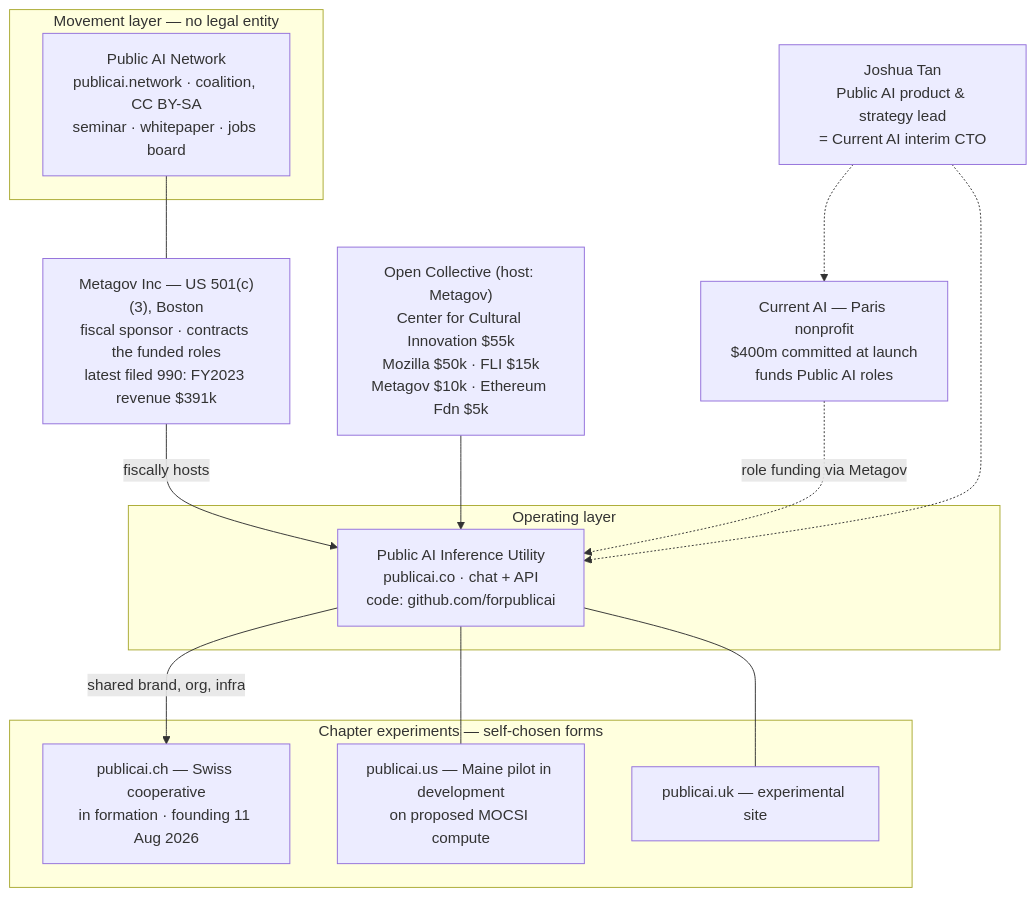
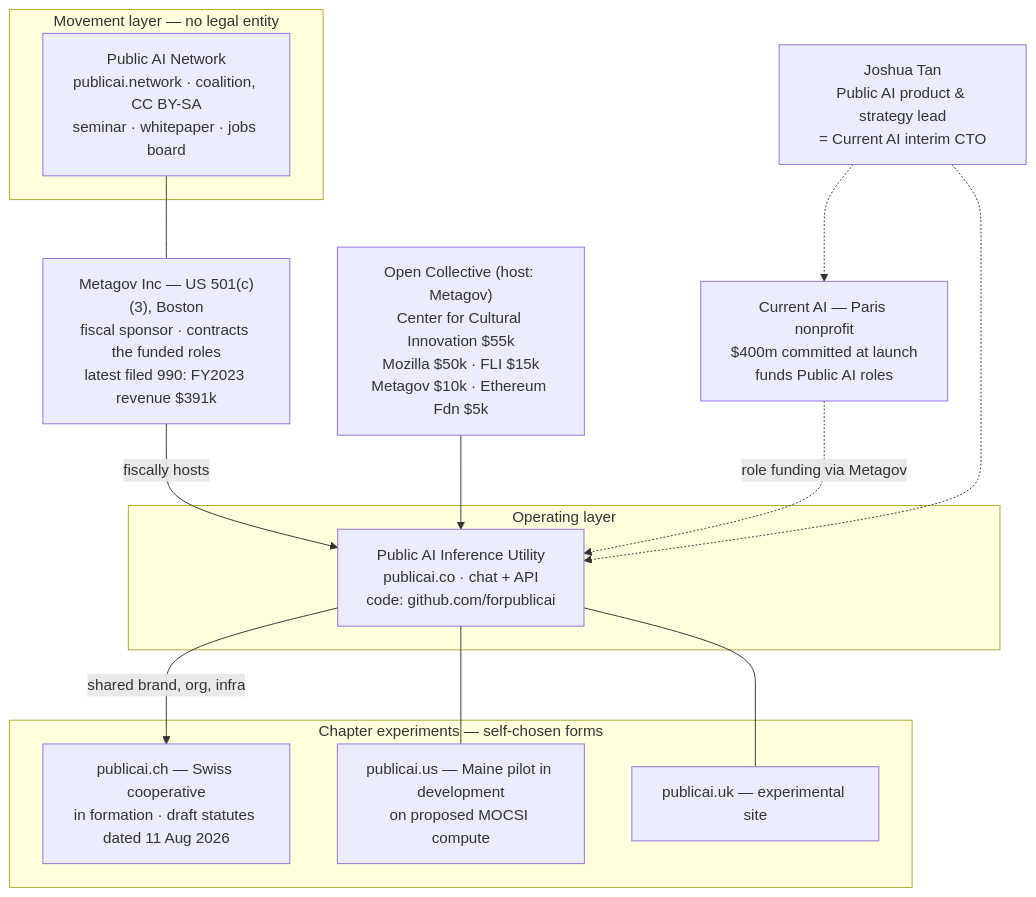
Before and after one commit to robertschaub/our-ai-charter: the first of 4 diagrams in docs/wip/public-ai-what-they-build.md, drawn with Mermaid. The commit also changed other lines of this file and 6 other files, not shown here.

First line of the commit message:
docs: fix Swiss-formation regression; relabel relationships (review 2)

````diff
--- a/docs/wip/public-ai-what-they-build.md
+++ b/docs/wip/public-ai-what-they-build.md
@@ -19,32 +19,32 @@
 ```mermaid
 flowchart TB
   subgraph MOVE["Movement layer — no legal entity"]
     NET["Public AI Network<br/>publicai.network · coalition, CC BY-SA<br/>seminar · whitepaper · jobs board"]
   end
 
   MG["Metagov Inc — US 501(c)(3), Boston<br/>fiscal sponsor · contracts the funded roles<br/>latest filed 990: FY2023 revenue $391k"]
 
   subgraph OPS["Operating layer"]
     UTIL["Public AI Inference Utility<br/>publicai.co · chat + API<br/>code: github.com/forpublicai"]
   end
 
   subgraph CHAP["Chapter experiments — self-chosen forms"]
-    CHX["publicai.ch — Swiss cooperative<br/>in formation · founding 11 Aug 2026"]
+    CHX["publicai.ch — Swiss cooperative<br/>in formation · draft statutes dated 11 Aug 2026"]
     US["publicai.us — Maine pilot in development<br/>on proposed MOCSI compute"]
     UK["publicai.uk — experimental site"]
   end
 
   FUND["Open Collective (host: Metagov)<br/>Center for Cultural Innovation $55k<br/>Mozilla $50k · FLI $15k<br/>Metagov $10k · Ethereum Fdn $5k"]
   CAI["Current AI — Paris nonprofit<br/>$400m committed at launch<br/>funds Public AI roles"]
   TAN["Joshua Tan<br/>Public AI product & strategy lead<br/>= Current AI interim CTO"]
 
   NET --- MG
   MG -->|fiscally hosts| UTIL
   UTIL -->|shared brand, org, infra| CHX
   UTIL --- US
   UTIL --- UK
   FUND --> UTIL
   CAI -.->|role funding via Metagov| UTIL
   TAN -.-> CAI
   TAN -.-> UTIL
 ```
````
